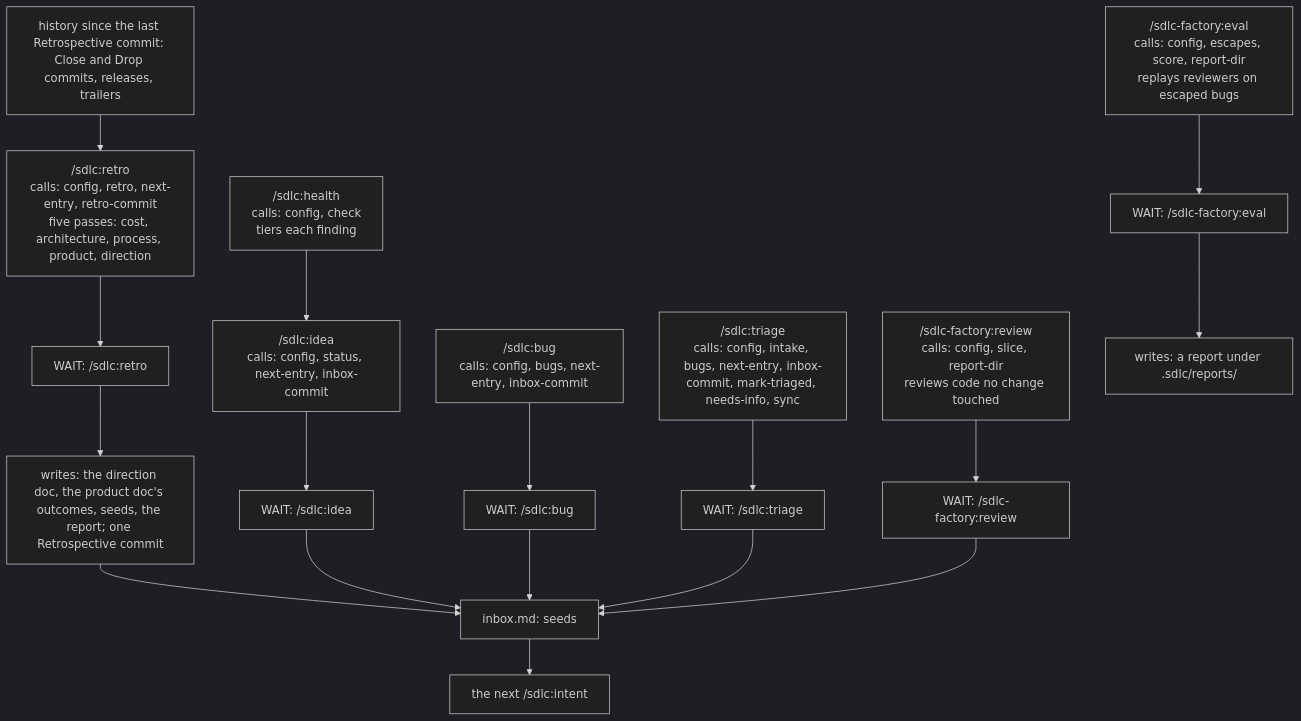
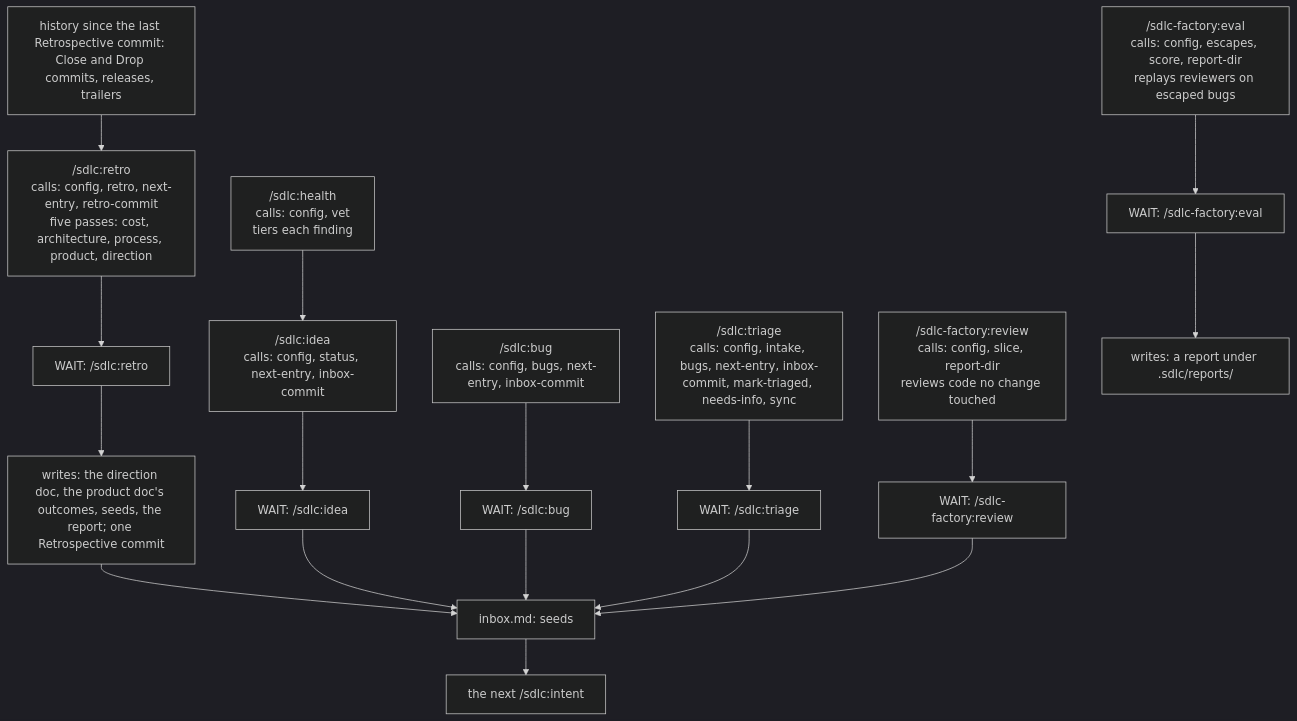
The third of 3 diagrams in docs/PROCESS.md (faeldon/sdlc), drawn with Mermaid (dark theme) before and after one commit. The commit also changed other lines of this file and 122 other files, not shown here.

First line of the commit message:
One meaning per word, and sdlc.py check becomes sdlc.py vet

````diff
--- a/docs/PROCESS.md
+++ b/docs/PROCESS.md
@@ -76,20 +76,20 @@
 ```mermaid
 flowchart TD
   history["history since the last Retrospective commit: Close and Drop commits, releases, trailers"] --> retro
   retro["/sdlc:retro<br/>calls: config, retro, next-entry, retro-commit<br/>five passes: cost, architecture, process, product, direction"]
   retro --> wretro["WAIT: /sdlc:retro"]
   wretro --> written["writes: the direction doc, the product doc's outcomes, seeds, the report; one Retrospective commit"]
-  health["/sdlc:health<br/>calls: config, check<br/>tiers each finding"] --> idea
+  health["/sdlc:health<br/>calls: config, vet<br/>tiers each finding"] --> idea
   idea["/sdlc:idea<br/>calls: config, status, next-entry, inbox-commit"] --> widea["WAIT: /sdlc:idea"]
   bug["/sdlc:bug<br/>calls: config, bugs, next-entry, inbox-commit"] --> wbug["WAIT: /sdlc:bug"]
   triage["/sdlc:triage<br/>calls: config, intake, bugs, next-entry, inbox-commit, mark-triaged, needs-info, sync"] --> wtriage["WAIT: /sdlc:triage"]
   feval["/sdlc-factory:eval<br/>calls: config, escapes, score, report-dir<br/>replays reviewers on escaped bugs"] --> wfeval["WAIT: /sdlc-factory:eval"]
   freview["/sdlc-factory:review<br/>calls: config, slice, report-dir<br/>reviews code no change touched"] --> wfreview["WAIT: /sdlc-factory:review"]
   written --> seeds["inbox.md: seeds"]
   widea --> seeds
   wbug --> seeds
   wtriage --> seeds
   wfreview --> seeds
   wfeval --> report["writes: a report under .sdlc/reports/"]
   seeds --> next["the next /sdlc:intent"]
 ```
````
